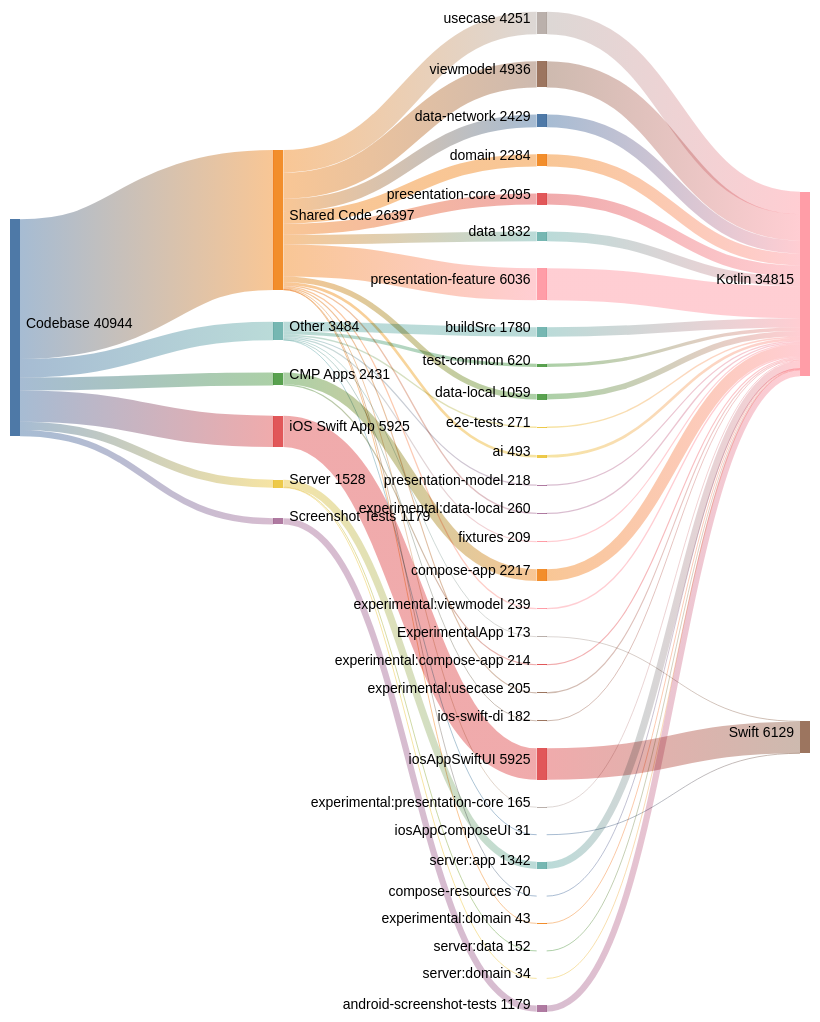
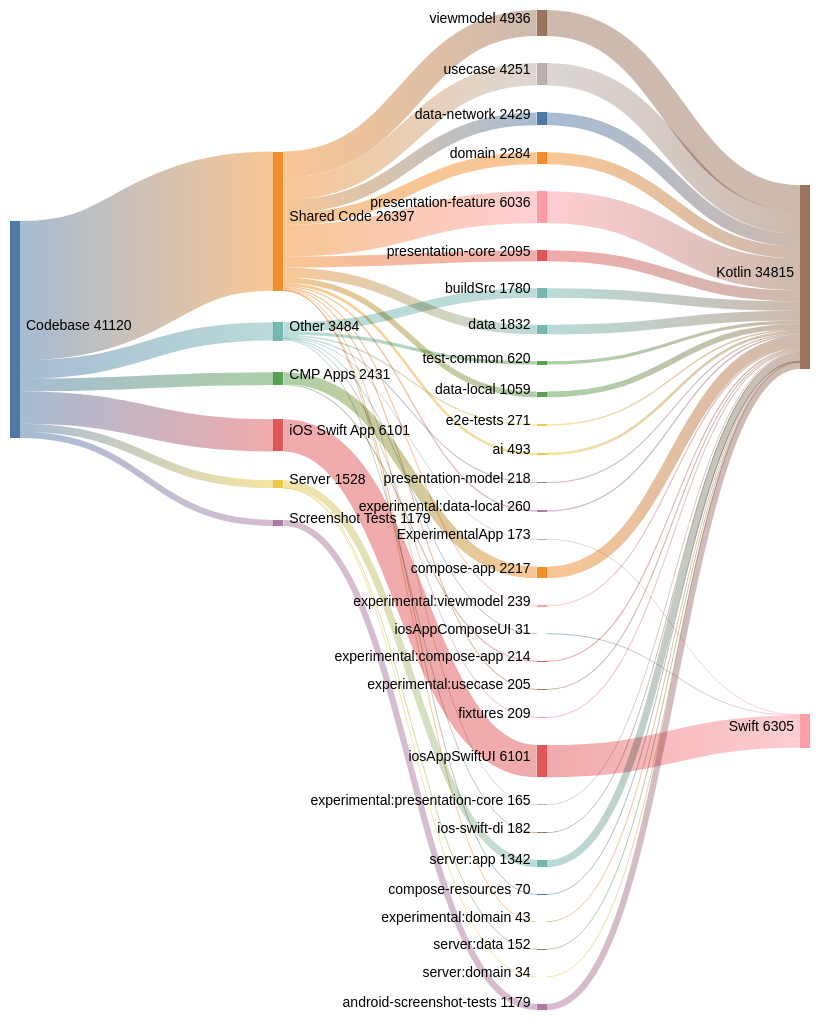
One commit to cartland/battery-butler changed the second of 2 diagrams in README.md. Above: the diagram before and after it, drawn with Mermaid (forest theme). The commit also changed 2 other files, not shown here.

Commit message:
docs(generated): Regenerate architecture diagrams and analysis

```diff
--- a/README.md
+++ b/README.md
@@ -213,7 +213,7 @@
 sankey-beta
 
 Codebase,Shared Code,26397
-Codebase,iOS Swift App,5925
+Codebase,iOS Swift App,6101
 Codebase,Other,3484
 Codebase,CMP Apps,2431
 Codebase,Server,1528
@@ -235,7 +235,7 @@
 Shared Code,compose-resources,70
 Shared Code,experimental:domain,43
 
-iOS Swift App,iosAppSwiftUI,5925
+iOS Swift App,iosAppSwiftUI,6101
 
 Other,buildSrc,1780
 Other,test-common,620
@@ -255,8 +255,8 @@
 
 Screenshot Tests,android-screenshot-tests,1179
 
+iosAppSwiftUI,Swift,6101
 presentation-feature,Kotlin,6036
-iosAppSwiftUI,Swift,5925
 viewmodel,Kotlin,4936
 usecase,Kotlin,4251
 data-network,Kotlin,2429
```
